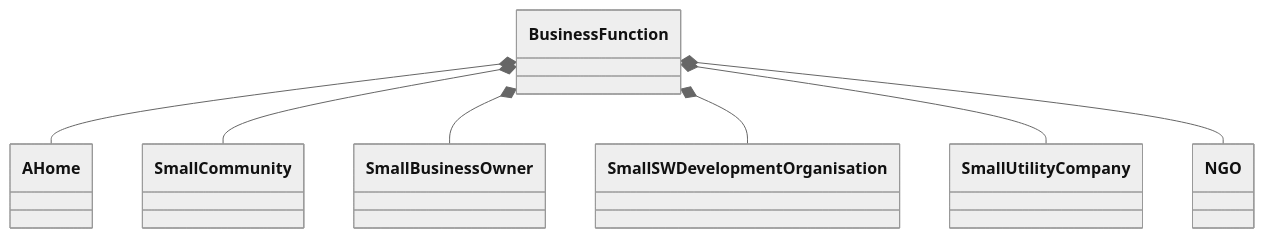
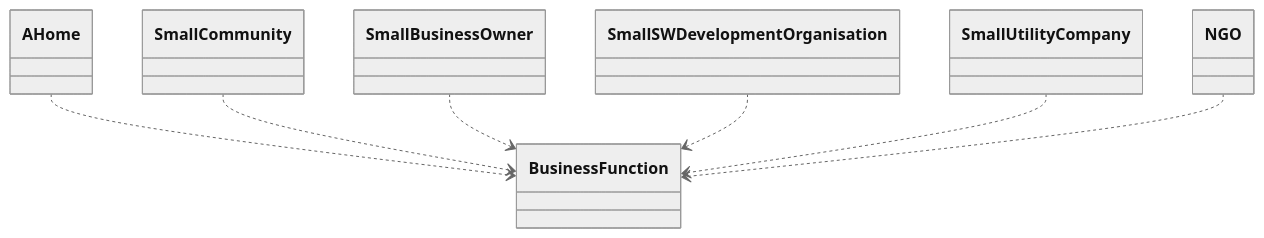
One commit to TAPPaaS/TAPPaaS changed the second of 3 diagrams in Documentation/Architecture/Capabilities.md. Above: the diagram before and after it, drawn with Mermaid (neutral theme). The commit also changed other lines of this file, not shown here.

Commit message:
minor updates to diagraming

````diff
--- a/Documentation/Architecture/Capabilities.md
+++ b/Documentation/Architecture/Capabilities.md
@@ -32,10 +34,10 @@
 ```mermaid
 classDiagram
-  Business Function *-- A Home
-  Business Function *-- Small Community
-  Business Function *-- Small Business Owner
-  Business Function *-- Small SW Development Organisation
-  Business Function *-- Small Utility Company
-  Business Function *-- NGO
+  A Home ..> Business Function
+  Small Community ..> Business Function
+  Small Business Owner ..> Business Function
+  Small SW Development Organisation ..> Business Function
+  Small Utility Company ..> Business Function
+  NGO ..> Business Function
   
 ```
````
